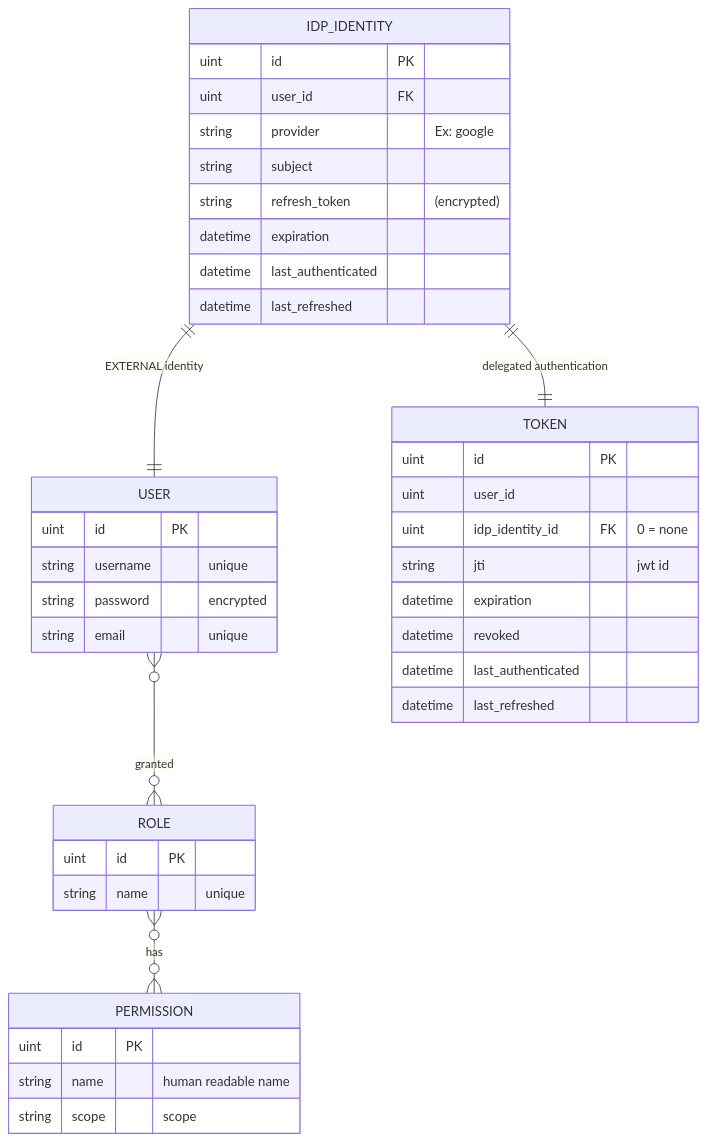
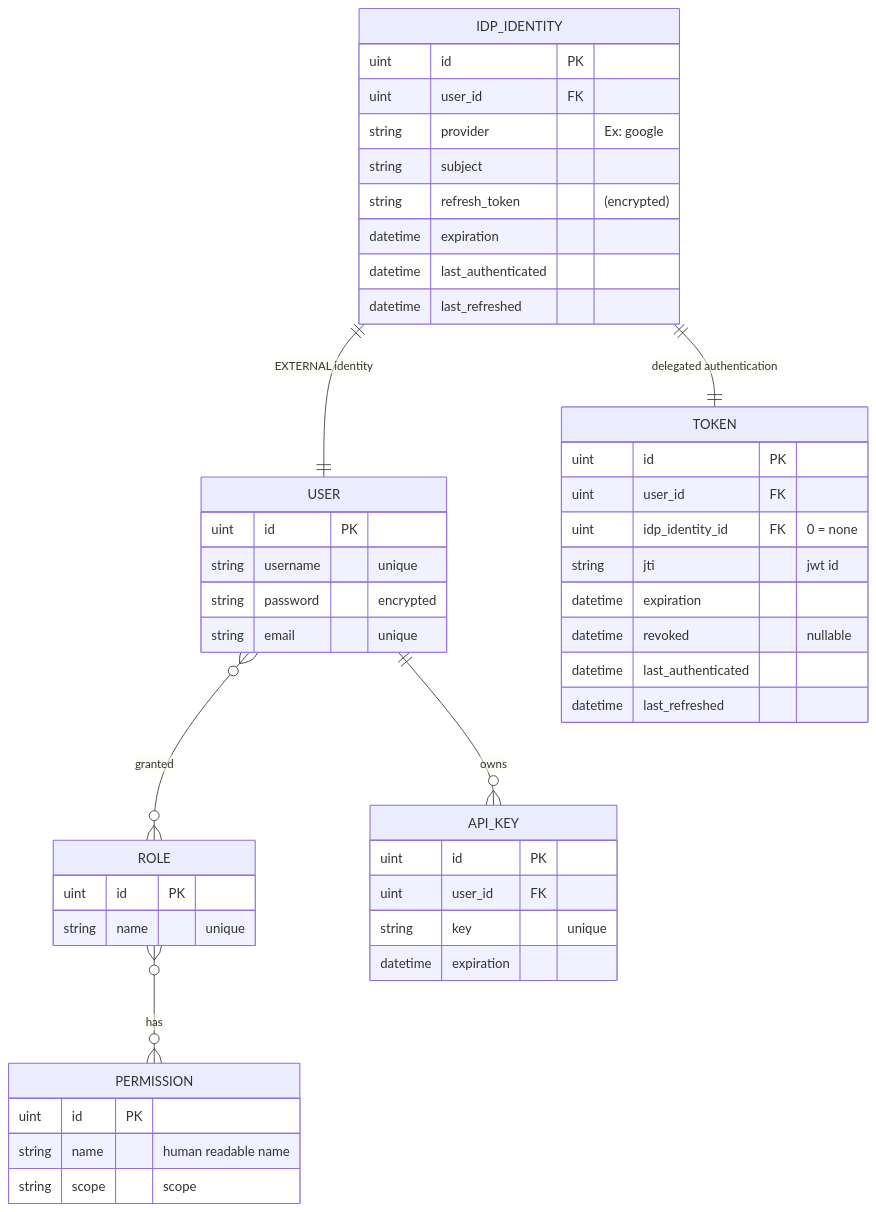
The first of 6 diagrams in enhancements/hub-oidc-provider/README.md (konveyor/enhancements), drawn with Mermaid before and after one commit.

Commit message:
checkpoint

````diff
--- a/enhancements/hub-oidc-provider/README.md
+++ b/enhancements/hub-oidc-provider/README.md
@@ -141,47 +141,55 @@
 ```mermaid
 erDiagram
     USER }o--o{ ROLE : "granted"
     ROLE }o--o{ PERMISSION : "has"
+    USER ||--o{ API_KEY : "owns"
     IDP_IDENTITY ||--|| USER : "EXTERNAL identity"
     IDP_IDENTITY ||--|| TOKEN : "delegated authentication"
 
     USER {
         uint id PK
         string username "unique"
         string password "encrypted"
         string email "unique"
     }
 
     ROLE {
         uint id PK
         string name "unique"
     }
 
     PERMISSION {
         uint id PK
         string name "human readable name"
         string scope "scope"
     }
-    
+
+    API_KEY {
+        uint id PK
+        uint user_id FK
+        string key "unique"
+        datetime expiration
+    }
+
     IDP_IDENTITY {
         uint id PK
         uint user_id FK
         string provider "Ex: google"
         string subject
         string refresh_token "(encrypted)"
         datetime expiration
         datetime last_authenticated
         datetime last_refreshed
     }
     
     TOKEN {
         uint id PK
-        uint user_id
-        uint idp_identity_id FK "0 = none" 
+        uint user_id FK
+        uint idp_identity_id FK "0 = none"
         string jti "jwt id"
         datetime expiration
-        datetime revoked
+        datetime revoked "nullable"
         datetime last_authenticated
         datetime last_refreshed
     }
 ```
````
